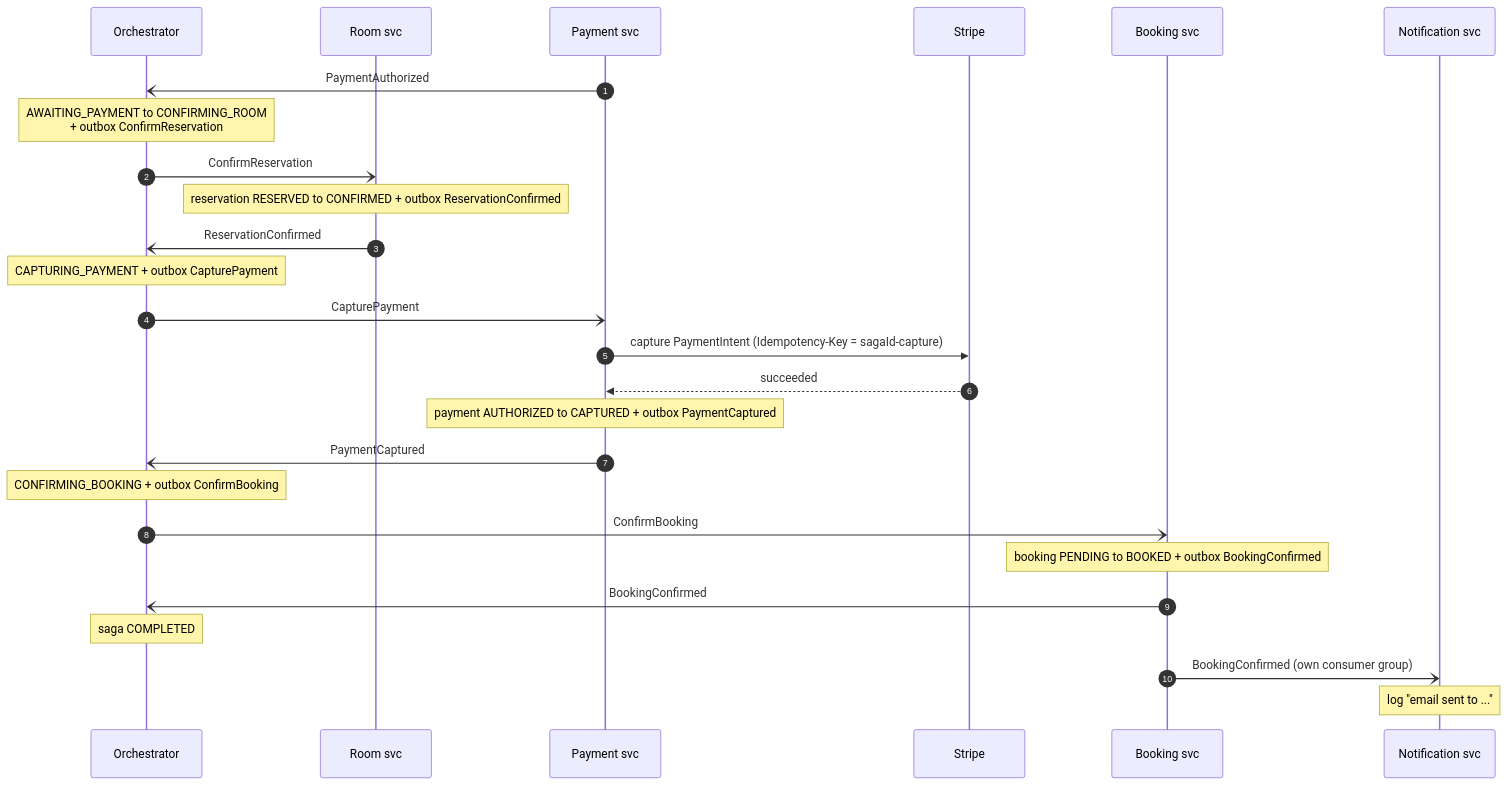
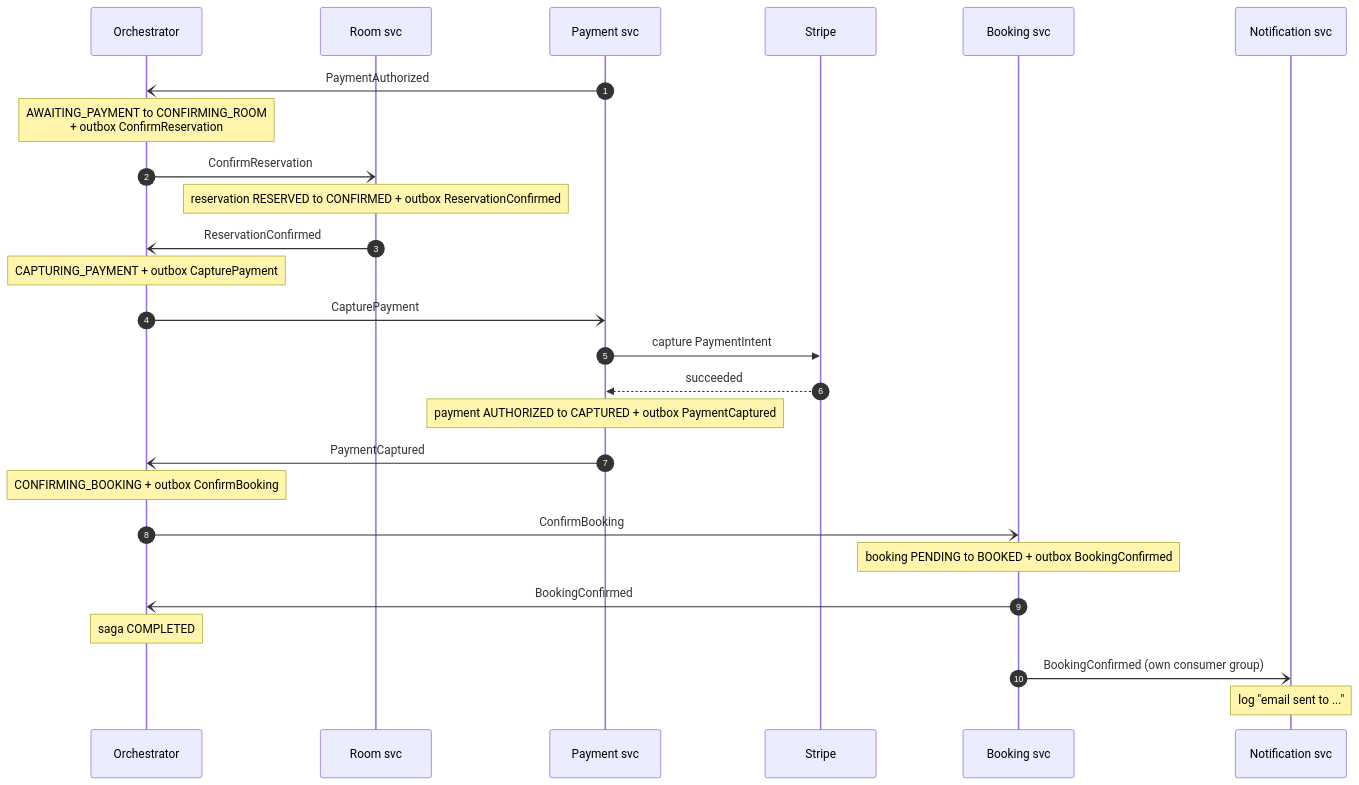
Before and after one commit to TranQuangPhong/hotel-booking-hexagon: the third of 5 diagrams in doc/uc1-create-booking/flows.md, drawn with Mermaid. The commit also changed other lines of this file and 10 other files, not shown here.

````diff
--- a/doc/uc1-create-booking/flows.md
+++ b/doc/uc1-create-booking/flows.md
@@ -95,29 +98,29 @@
 ```mermaid
 sequenceDiagram
     autonumber
     participant O as Orchestrator
     participant R as Room svc
     participant P as Payment svc
     participant S as Stripe
     participant B as Booking svc
     participant N as Notification svc
 
     P-)O: PaymentAuthorized
     Note over O: AWAITING_PAYMENT to CONFIRMING_ROOM<br/>+ outbox ConfirmReservation
     O-)R: ConfirmReservation
     Note over R: reservation RESERVED to CONFIRMED + outbox ReservationConfirmed
     R-)O: ReservationConfirmed
     Note over O: CAPTURING_PAYMENT + outbox CapturePayment
     O-)P: CapturePayment
-    P->>S: capture PaymentIntent (Idempotency-Key = sagaId-capture)
+    P->>S: capture PaymentIntent
     S-->>P: succeeded
     Note over P: payment AUTHORIZED to CAPTURED + outbox PaymentCaptured
     P-)O: PaymentCaptured
     Note over O: CONFIRMING_BOOKING + outbox ConfirmBooking
     O-)B: ConfirmBooking
     Note over B: booking PENDING to BOOKED + outbox BookingConfirmed
     B-)O: BookingConfirmed
     Note over O: saga COMPLETED
     B-)N: BookingConfirmed (own consumer group)
     Note over N: log "email sent to ..."
 ```
````
